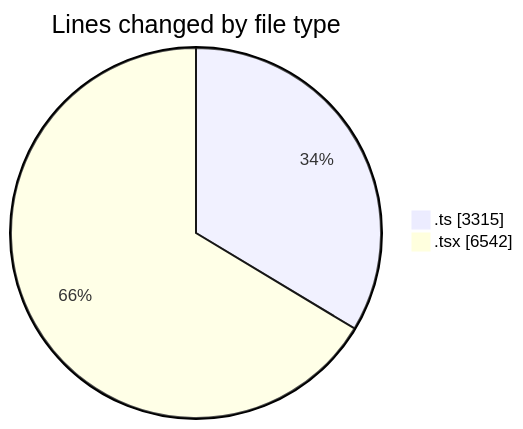
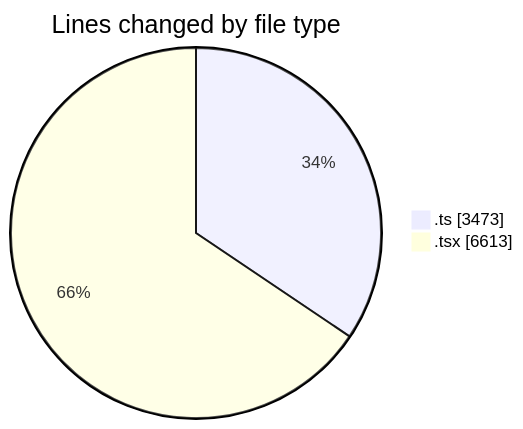
One commit to momahboobian/code-tracking changed the first of 2 diagrams in 2025-07-01/cda/README.md. Above: the diagram before and after it, drawn with Mermaid. The commit also changed other lines of this file and 1 other file, not shown here.

````diff
--- a/2025-07-01/cda/README.md
+++ b/2025-07-01/cda/README.md
@@ -45,6 +45,6 @@
 ```mermaid
 pie showData
 title Lines changed by file type
-".ts" : 3315
-".tsx" : 6542
+".ts" : 3473
+".tsx" : 6613
 ```
````
